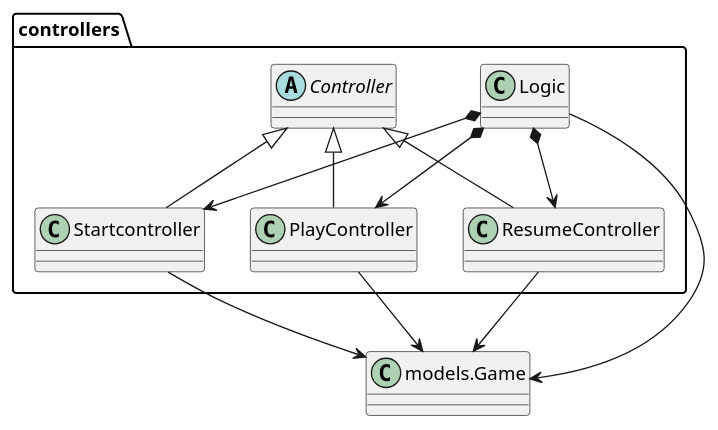
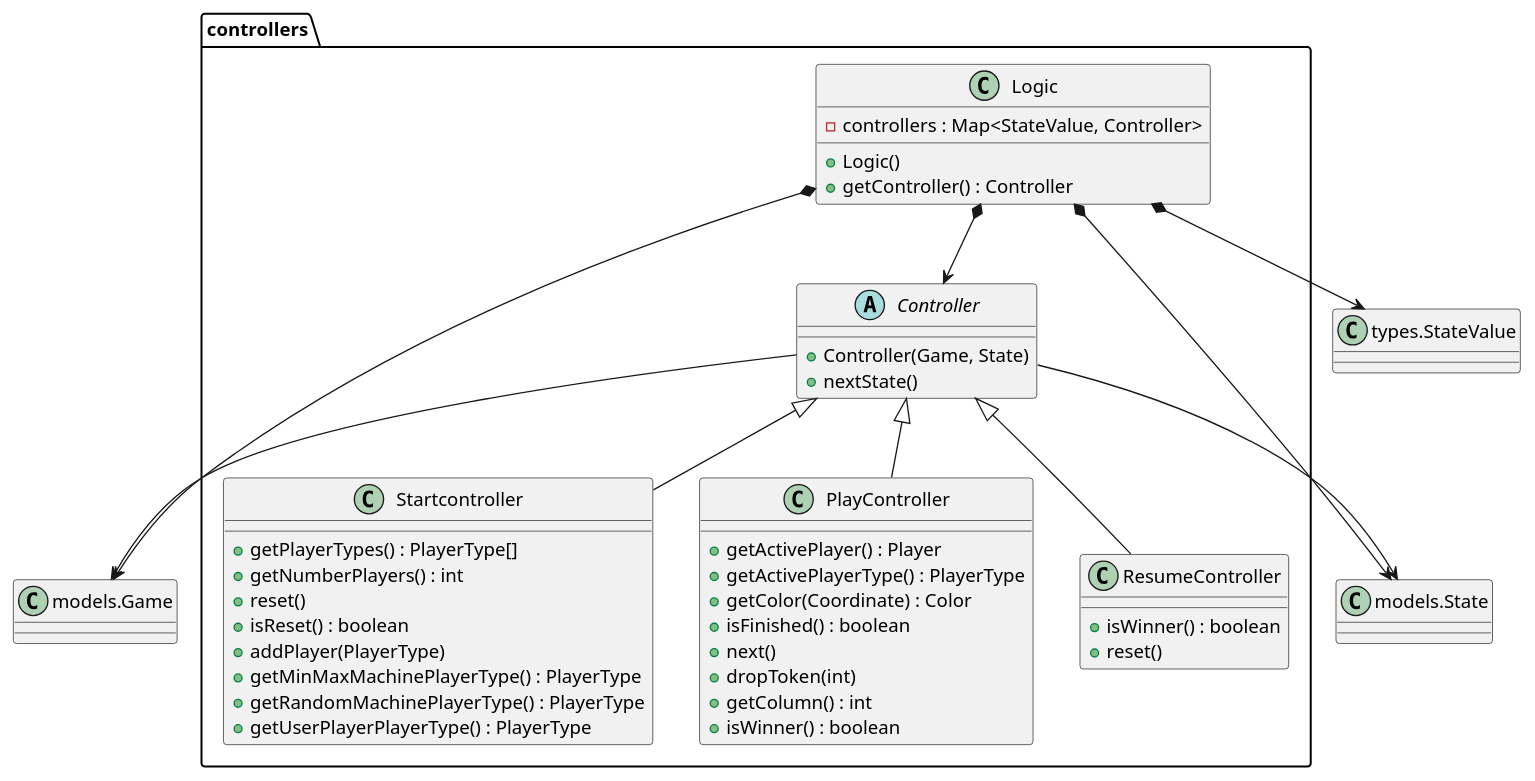
Before and after one commit to js-rom/connect4: the diagram in connect4/Docs/diagrams/src/packages/connect4.connect4.controllers.plantuml, drawn with PlantUML. The commit also changed 5 other files, not shown here.

```diff
--- a/connect4/Docs/diagrams/src/packages/connect4.connect4.controllers.plantuml
+++ b/connect4/Docs/diagrams/src/packages/connect4.connect4.controllers.plantuml
@@ -1,24 +1,61 @@
 @startuml connect4.connect4.controllers
 
-abstract class controllers.Controller
-class controllers.Startcontroller
-class controllers.PlayController
-class controllers.ResumeController
-class controllers.Logic
+class controllers.Logic {
+    -controllers : Map<StateValue, Controller> 
+    +Logic()
+    +getController() : Controller
+}
+
+abstract class controllers.Controller {
+    +Controller(Game, State)
+    +nextState()
+}
+
+class controllers.Startcontroller {
+
+    +getPlayerTypes() : PlayerType[]
+    +getNumberPlayers() : int
+    +reset()
+    +isReset() : boolean
+    +addPlayer(PlayerType)
+    +getMinMaxMachinePlayerType() : PlayerType
+    +getRandomMachinePlayerType() : PlayerType
+    +getUserPlayerPlayerType() : PlayerType
+}
+
+class controllers.PlayController{
+    +getActivePlayer() : Player
+    +getActivePlayerType() : PlayerType
+    +getColor(Coordinate) : Color
+    +isFinished() : boolean
+    +next()
+    +dropToken(int)
+    +getColumn() : int
+    +isWinner() : boolean
+}
+class controllers.ResumeController{
+    +isWinner() : boolean
+    +reset()
+}
+
 class Game as "models.Game"
+class State as "models.State"
+class StateValue as "types.StateValue"
+
+
+
 
 Controller <|-- Startcontroller
 Controller <|-- PlayController
 Controller <|-- ResumeController
 
-Logic --> Game
-Logic *--> Startcontroller
-Logic *--> PlayController
-Logic *--> ResumeController
+Logic *--> Game
+Logic *--> State
+Logic *--> Controller
+Logic *--> StateValue
 
-Startcontroller --> Game
-PlayController --> Game
-ResumeController --> Game
+Controller --> Game
+Controller --> State
 
 
 @enduml
```
